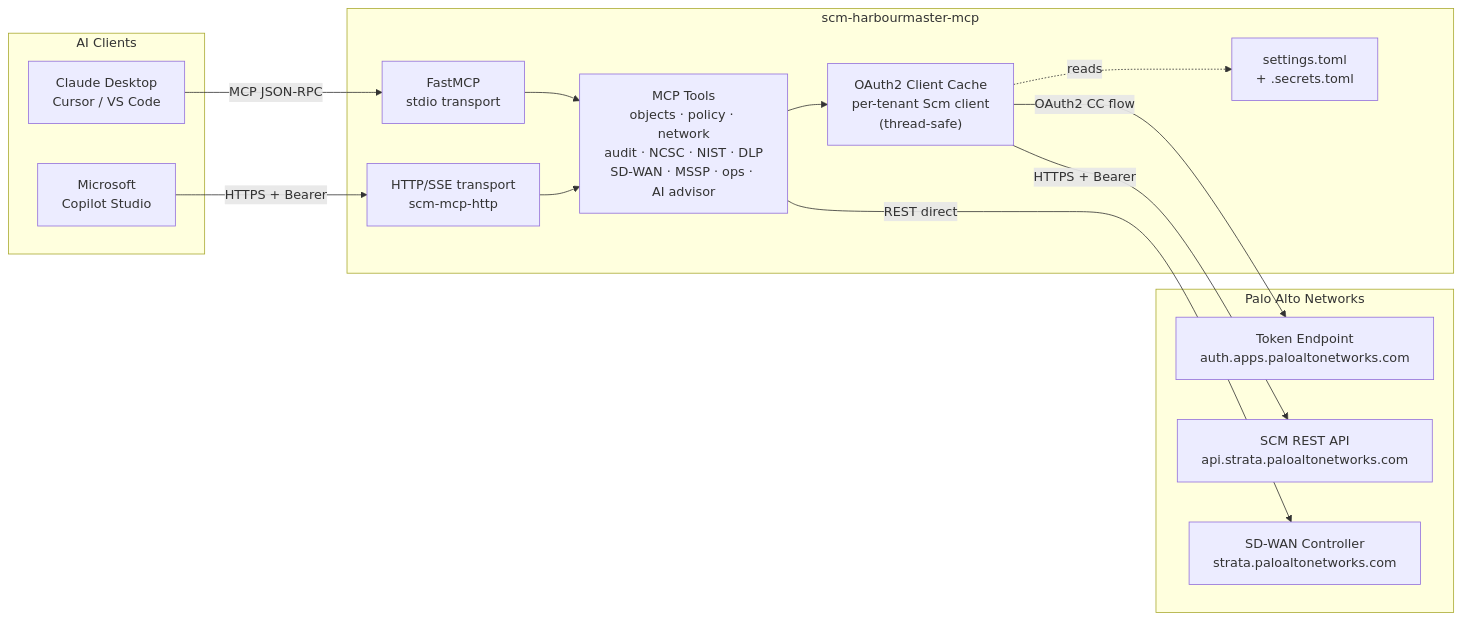
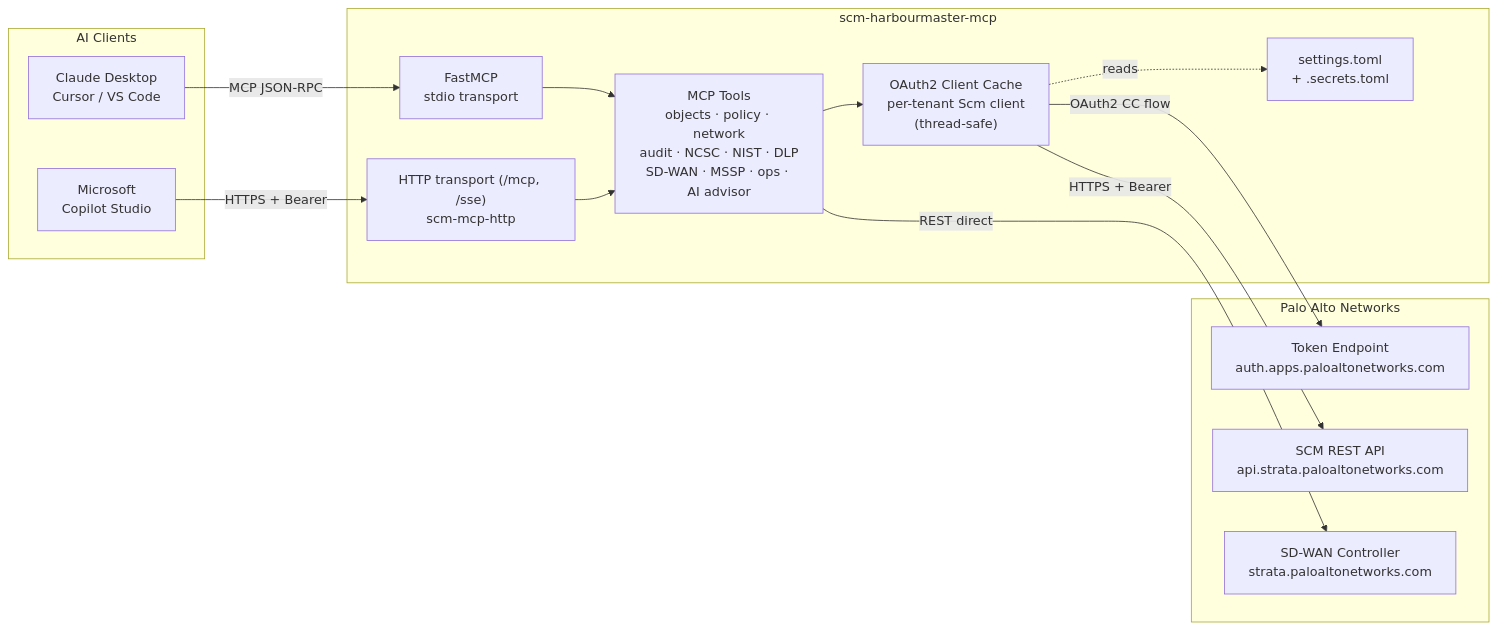
Before and after one commit to silverbacksecurity/scm-harbourmaster-mcp: the first of 3 diagrams in README.md, drawn with Mermaid. The commit also changed other lines of this file and 7 other files, not shown here.

Commit message:
feat(http): Streamable HTTP at /mcp and fix 421 for remote clients

````diff
--- a/README.md
+++ b/README.md
@@ -68,30 +68,30 @@
 ```mermaid
 graph LR
     subgraph clients["AI Clients"]
         claude["Claude Desktop\nCursor / VS Code"]
         copilot["Microsoft\nCopilot Studio"]
     end
 
     subgraph server["scm-harbourmaster-mcp"]
         stdio["FastMCP\nstdio transport"]
-        http["HTTP/SSE transport\nscm-mcp-http"]
+        http["HTTP transport (/mcp, /sse)\nscm-mcp-http"]
         tools["MCP Tools\nobjects · policy · network\naudit · NCSC · NIST · DLP\nSD-WAN · MSSP · ops · AI advisor"]
         cache["OAuth2 Client Cache\nper-tenant Scm client\n(thread-safe)"]
         cfg["settings.toml\n+ .secrets.toml"]
     end
 
     subgraph pan["Palo Alto Networks"]
         tok["Token Endpoint\nauth.apps.paloaltonetworks.com"]
         scm["SCM REST API\napi.strata.paloaltonetworks.com"]
         sdwan["SD-WAN Controller\nstrata.paloaltonetworks.com"]
     end
 
     claude -->|"MCP JSON-RPC"| stdio
     copilot -->|"HTTPS + Bearer"| http
     stdio & http --> tools
     tools --> cache
     cache -.->|reads| cfg
     cache -->|"OAuth2 CC flow"| tok
     cache -->|"HTTPS + Bearer"| scm
     tools -->|"REST direct"| sdwan
 ```
````
